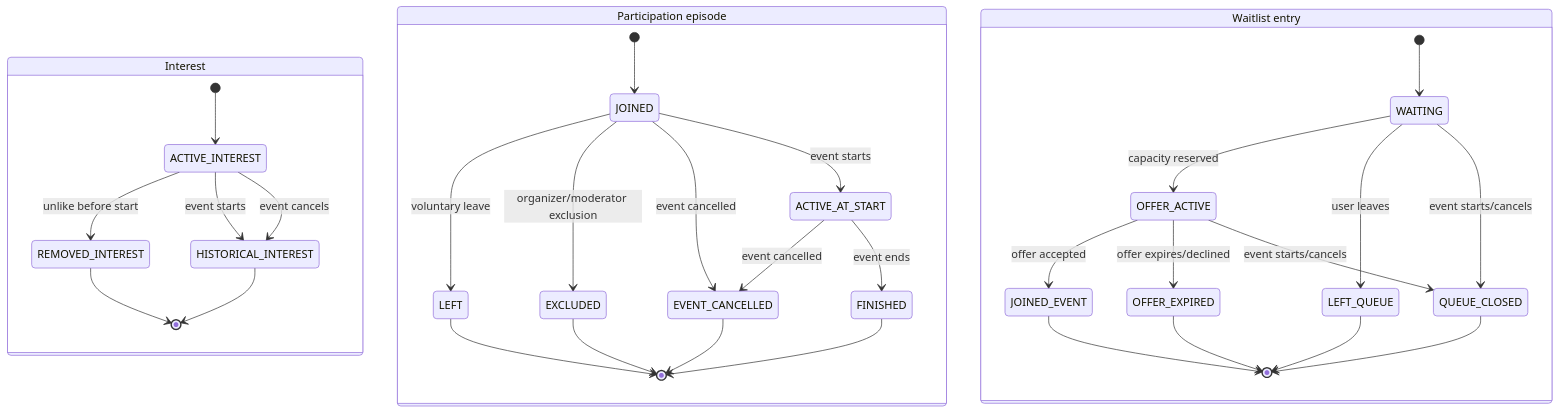
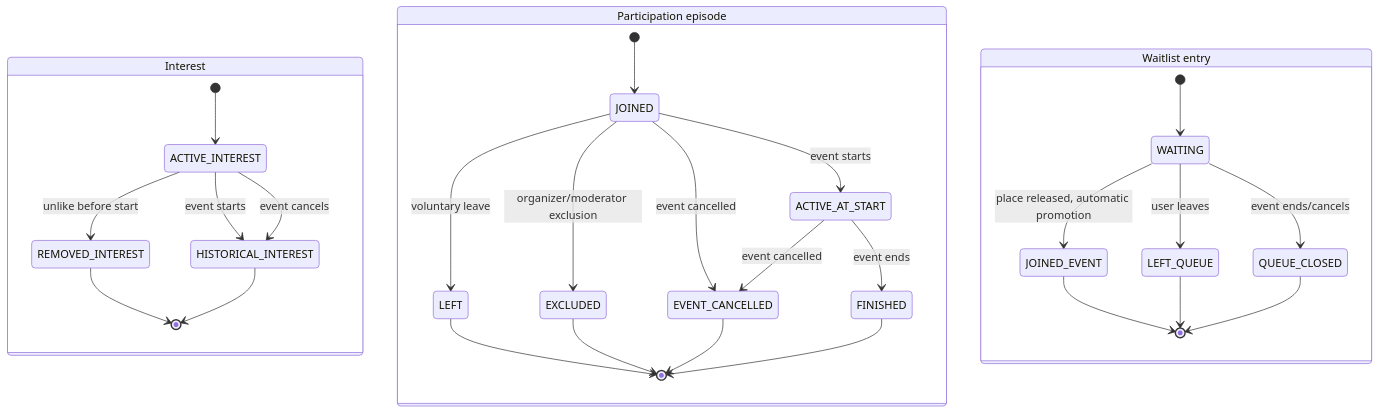
Before and after one commit to ittadoru/afisha-bot: the diagram in docs/g4/diagrams/04-participation-waitlist-state.mmd, drawn with Mermaid. The commit also changed 52 other files, not shown here.

```diff
--- a/docs/g4/diagrams/04-participation-waitlist-state.mmd
+++ b/docs/g4/diagrams/04-participation-waitlist-state.mmd
@@ -1,37 +1,33 @@
 stateDiagram-v2
     state "Interest" as interest {
         [*] --> ACTIVE_INTEREST
         ACTIVE_INTEREST --> REMOVED_INTEREST: unlike before start
         ACTIVE_INTEREST --> HISTORICAL_INTEREST: event starts
         ACTIVE_INTEREST --> HISTORICAL_INTEREST: event cancels
         REMOVED_INTEREST --> [*]
         HISTORICAL_INTEREST --> [*]
     }
 
     state "Participation episode" as participation {
         [*] --> JOINED
         JOINED --> LEFT: voluntary leave
         JOINED --> EXCLUDED: organizer/moderator exclusion
         JOINED --> EVENT_CANCELLED: event cancelled
         JOINED --> ACTIVE_AT_START: event starts
         ACTIVE_AT_START --> FINISHED: event ends
         ACTIVE_AT_START --> EVENT_CANCELLED: event cancelled
         LEFT --> [*]
         EXCLUDED --> [*]
         EVENT_CANCELLED --> [*]
         FINISHED --> [*]
     }
 
     state "Waitlist entry" as waitlist {
         [*] --> WAITING
-        WAITING --> OFFER_ACTIVE: capacity reserved
+        WAITING --> JOINED_EVENT: place released, automatic promotion
         WAITING --> LEFT_QUEUE: user leaves
-        WAITING --> QUEUE_CLOSED: event starts/cancels
-        OFFER_ACTIVE --> JOINED_EVENT: offer accepted
-        OFFER_ACTIVE --> OFFER_EXPIRED: offer expires/declined
-        OFFER_ACTIVE --> QUEUE_CLOSED: event starts/cancels
+        WAITING --> QUEUE_CLOSED: event ends/cancels
         JOINED_EVENT --> [*]
-        OFFER_EXPIRED --> [*]
         LEFT_QUEUE --> [*]
         QUEUE_CLOSED --> [*]
     }
```
